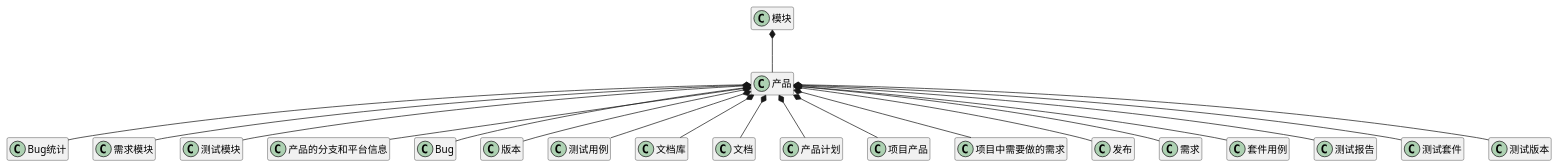
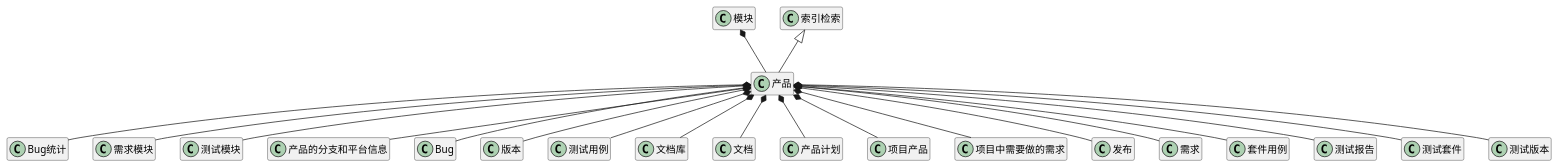
The first of 7 diagrams in ibizpms-docs/src/main/doc/v1/module/zentao/Product_old.md (zj335841911/nt_chandao), drawn with PlantUML before and after one commit. The commit also changed 11 other files, not shown here.

```diff
--- a/ibizpms-docs/src/main/doc/v1/module/zentao/Product_old.md
+++ b/ibizpms-docs/src/main/doc/v1/module/zentao/Product_old.md
@@ -6,22 +6,23 @@
 {% plantuml %}
 产品 *-- Bug统计 
 产品 *-- 需求模块 
 产品 *-- 测试模块 
 产品 *-- 产品的分支和平台信息 
 产品 *-- Bug 
 产品 *-- 版本 
 产品 *-- 测试用例 
 产品 *-- 文档库 
 产品 *-- 文档 
 产品 *-- 产品计划 
 产品 *-- 项目产品 
 产品 *-- 项目中需要做的需求 
 产品 *-- 发布 
 产品 *-- 需求 
 产品 *-- 套件用例 
 产品 *-- 测试报告 
 产品 *-- 测试套件 
 产品 *-- 测试版本 
 模块 *-- 产品 
+索引检索 <|-- 产品 
 hide members
 {% endplantuml %}
```
